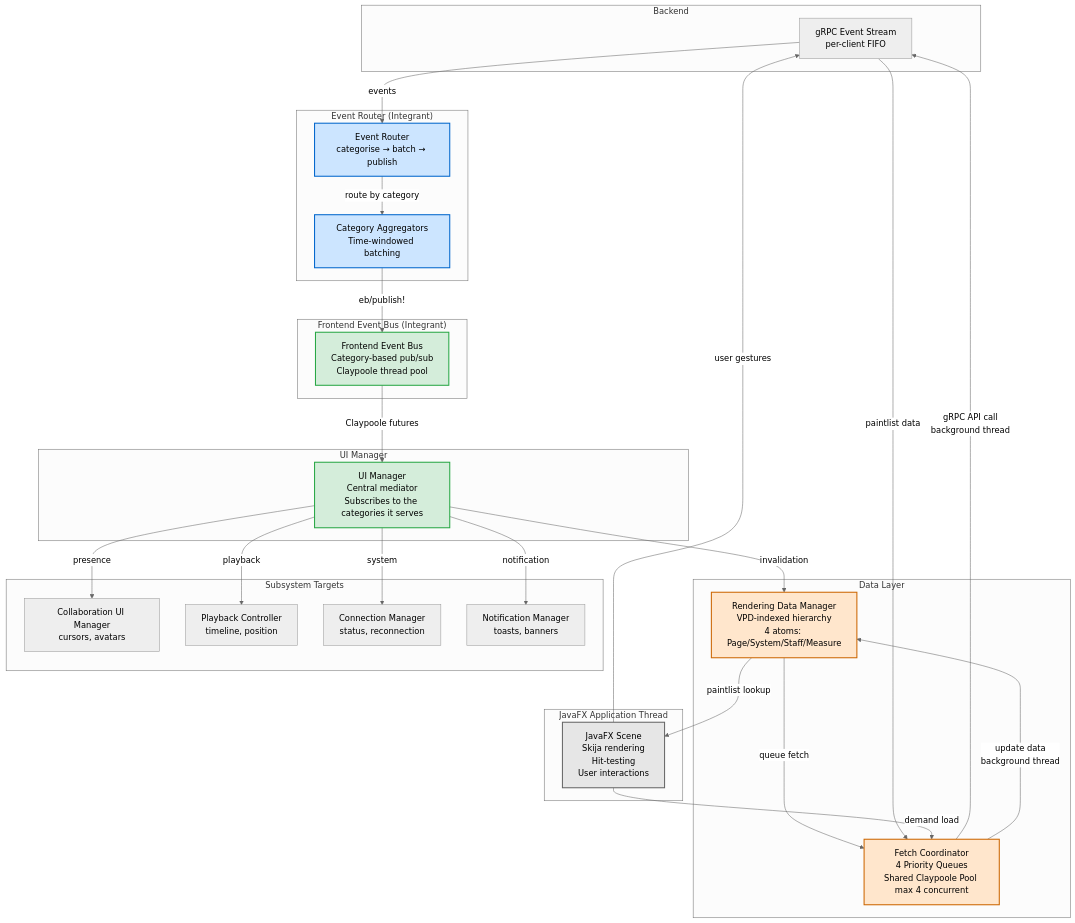
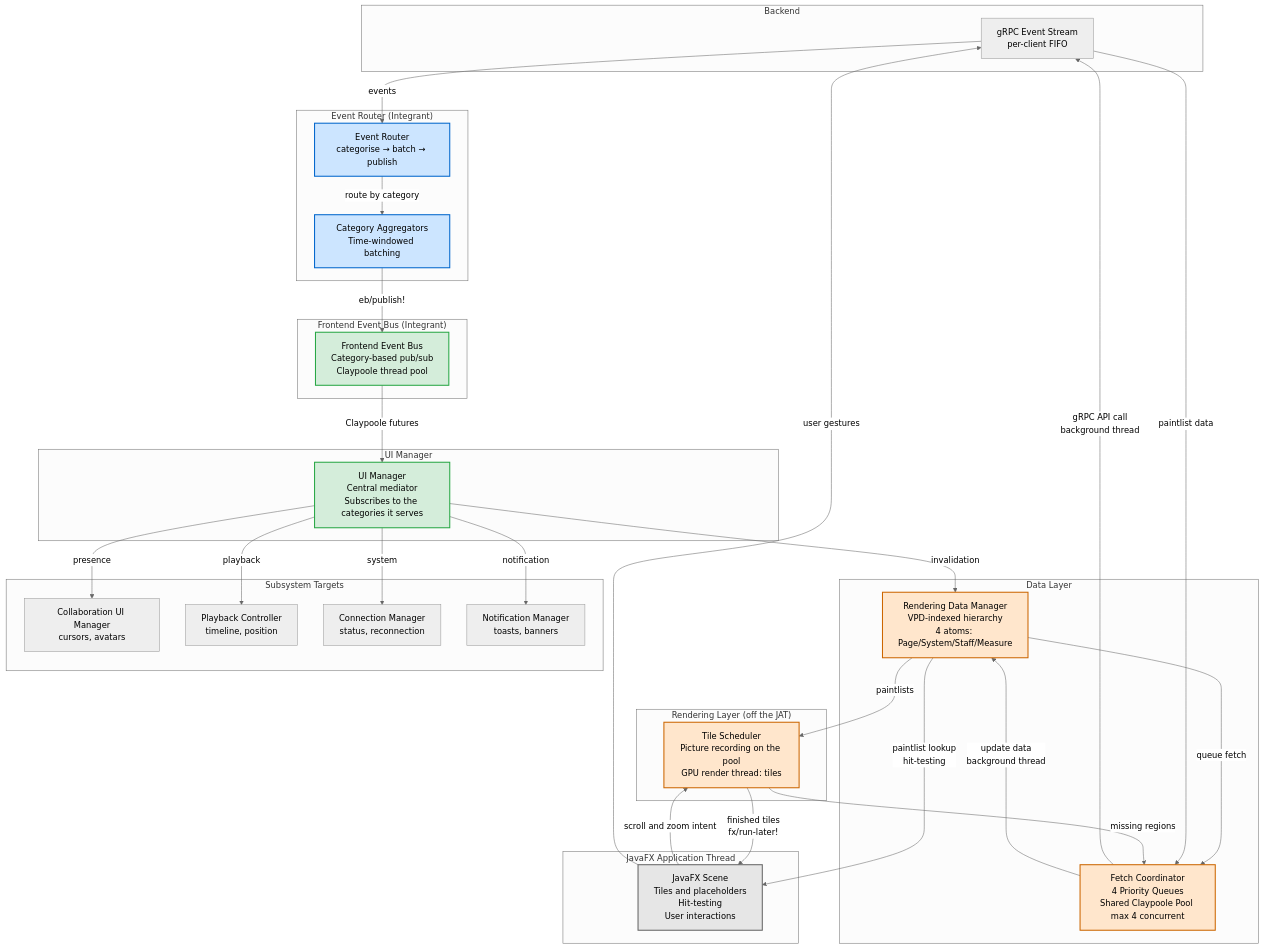
One commit to PeterBengtson/Ooloi-docs changed the fourth of 7 diagrams in ADRs/0031-Frontend-Event-Driven-Architecture.md. Above: the diagram before and after it, drawn with Mermaid (neutral theme). The commit also changed other lines of this file and 15 other files, not shown here.

````diff
--- a/ADRs/0031-Frontend-Event-Driven-Architecture.md
+++ b/ADRs/0031-Frontend-Event-Driven-Architecture.md
@@ -565,62 +568,70 @@
 ```mermaid
 graph TB
     subgraph Backend
         gRPC[gRPC Event Stream<br/>per-client FIFO]
     end
 
     subgraph "Event Router (Integrant)"
         ER[Event Router<br/>categorise → batch → publish]
         CA[Category Aggregators<br/>Time-windowed batching]
     end
 
     subgraph "Frontend Event Bus (Integrant)"
         BUS[Frontend Event Bus<br/>Category-based pub/sub<br/>Claypoole thread pool]
     end
 
     subgraph "UI Manager"
         UM[UI Manager<br/>Central mediator<br/>Subscribes to the categories it serves]
     end
 
     subgraph "Data Layer"
         RDM[Rendering Data Manager<br/>VPD-indexed hierarchy<br/>4 atoms: Page/System/Staff/Measure]
         FC[Fetch Coordinator<br/>4 Priority Queues<br/>Shared Claypoole Pool max 4 concurrent]
     end
 
     subgraph "Subsystem Targets"
         COLLAB[Collaboration UI Manager<br/>cursors, avatars]
         PLAYBACK[Playback Controller<br/>timeline, position]
         CONN[Connection Manager<br/>status, reconnection]
         NOTIFY[Notification Manager<br/>toasts, banners]
     end
 
+    subgraph "Rendering Layer (off the JAT)"
+        TS[Tile Scheduler<br/>Picture recording on the pool<br/>GPU render thread: tiles]
+    end
+
     subgraph "JavaFX Application Thread"
-        SCENE[JavaFX Scene<br/>Skija rendering<br/>Hit-testing<br/>User interactions]
+        SCENE[JavaFX Scene<br/>Tiles and placeholders<br/>Hit-testing<br/>User interactions]
     end
 
     gRPC -->|events| ER
     ER -->|route by category| CA
     CA -->|eb/publish!| BUS
     BUS -->|Claypoole futures| UM
     UM -->|invalidation| RDM
     UM -->|presence| COLLAB
     UM -->|playback| PLAYBACK
     UM -->|system| CONN
     UM -->|notification| NOTIFY
 
     RDM -->|queue fetch| FC
     FC -->|gRPC API call<br/>background thread| gRPC
     gRPC -->|paintlist data| FC
     FC -->|update data<br/>background thread| RDM
 
-    RDM -->|paintlist lookup| SCENE
-    SCENE -->|demand load| FC
+    RDM -->|paintlists| TS
+    TS -->|missing regions| FC
+    TS -->|finished tiles<br/>fx/run-later!| SCENE
+    SCENE -->|scroll and zoom intent| TS
+    RDM -->|paintlist lookup<br/>hit-testing| SCENE
     SCENE -->|user gestures| gRPC
 
     style ER fill:#cce5ff,stroke:#0066cc,stroke-width:2px,color:#000
     style CA fill:#cce5ff,stroke:#0066cc,stroke-width:2px,color:#000
     style BUS fill:#d4edda,stroke:#28a745,stroke-width:2px,color:#000
     style UM fill:#d4edda,stroke:#28a745,stroke-width:2px,color:#000
     style RDM fill:#ffe6cc,stroke:#cc6600,stroke-width:2px,color:#000
     style FC fill:#ffe6cc,stroke:#cc6600,stroke-width:2px,color:#000
+    style TS fill:#ffe6cc,stroke:#cc6600,stroke-width:2px,color:#000
     style SCENE fill:#e6e6e6,stroke:#666,stroke-width:2px,color:#000
 ```
````
